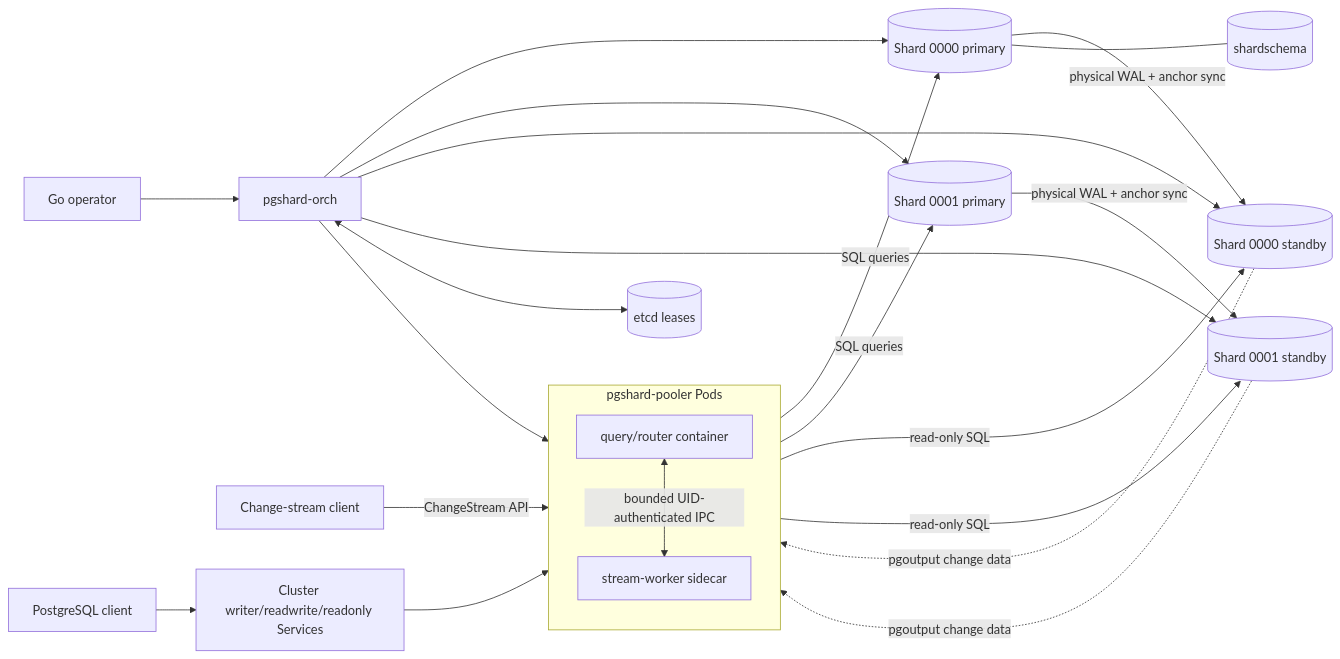
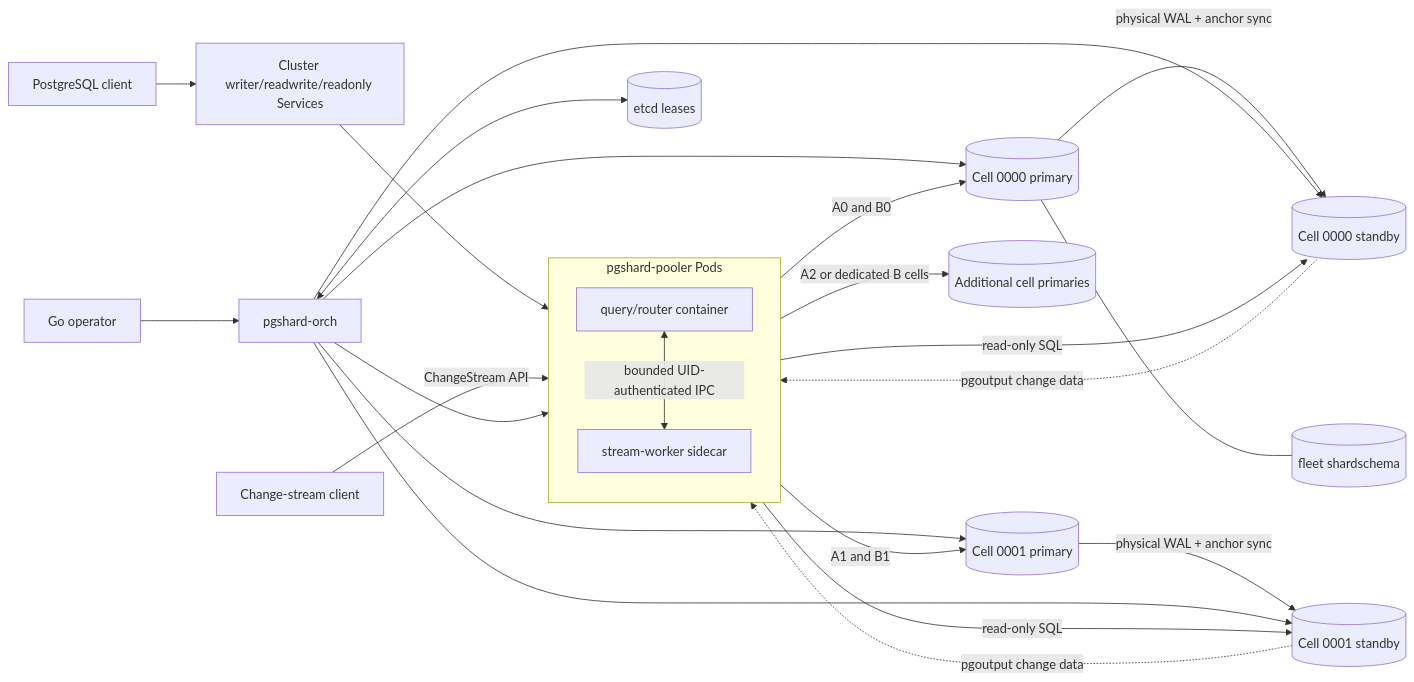
The diagram in website/docs/concepts/architecture.md (andrew01234567890/pgshard), drawn with Mermaid before and after one commit. The commit also changed other lines of this file and 56 other files, not shown here.

Commit message:
feat(operator): bootstrap shardschema catalog (#77)

````diff
--- a/website/docs/concepts/architecture.md
+++ b/website/docs/concepts/architecture.md
@@ -20,28 +22,29 @@
 ```mermaid
 flowchart LR
   app[PostgreSQL client] --> svc[Cluster writer/readwrite/readonly Services]
   subgraph pool[pgshard-pooler Pods]
     direction TB
     query[query/router container]
     stream[stream-worker sidecar]
     query <-->|bounded UID-authenticated IPC| stream
   end
   svc --> query
   cdc[Change-stream client] -->|ChangeStream API| stream
-  query -->|SQL queries| p0[(Shard 0000 primary)]
-  query -->|SQL queries| p1[(Shard 0001 primary)]
-  p0 -->|physical WAL + anchor sync| r00[(Shard 0000 standby)]
-  p1 -->|physical WAL + anchor sync| r10[(Shard 0001 standby)]
+  query -->|A0 and B0| p0[(Cell 0000 primary)]
+  query -->|A1 and B1| p1[(Cell 0001 primary)]
+  query -->|A2 or dedicated B cells| pn[(Additional cell primaries)]
+  p0 -->|physical WAL + anchor sync| r00[(Cell 0000 standby)]
+  p1 -->|physical WAL + anchor sync| r10[(Cell 0001 standby)]
   query -->|read-only SQL| r00
   query -->|read-only SQL| r10
   r00 -.->|pgoutput change data| stream
   r10 -.->|pgoutput change data| stream
-  p0 --- schema[(shardschema)]
+  p0 --- schema[(fleet shardschema)]
   orch[pgshard-orch] --> p0
   orch --> p1
   orch --> r00
   orch --> r10
   orch --> stream
   orch <--> etcd[(etcd leases)]
   operator[Go operator] --> orch
 ```
````
